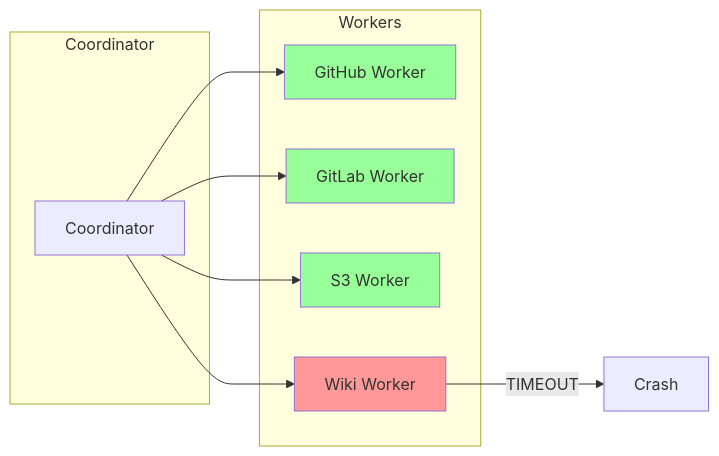
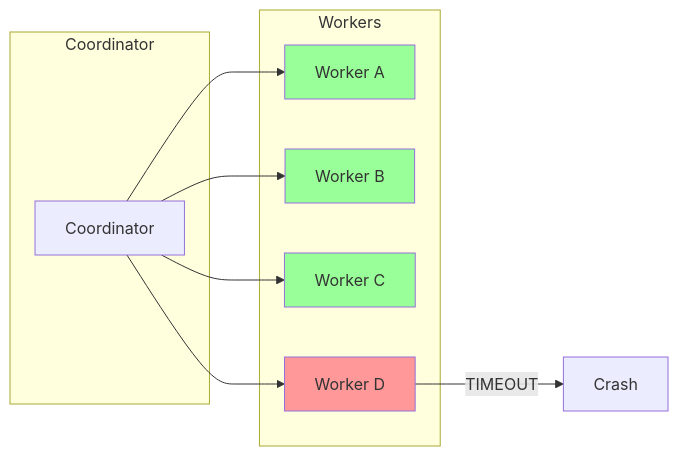
One commit to ahrav/gossip-rs-learning-guide changed the second of 2 diagrams in 00-prologue/02-why-distributed.md. Above: the diagram before and after it, drawn with Mermaid. The commit also changed other lines of this file and 2 other files, not shown here.

````diff
--- a/00-prologue/02-why-distributed.md
+++ b/00-prologue/02-why-distributed.md
@@ -78,25 +78,25 @@
 ```mermaid
 graph LR
     subgraph Coordinator
         CO[Coordinator]
     end
 
     subgraph Workers
-        W1[GitHub Worker]
-        W2[GitLab Worker]
-        W3[S3 Worker]
-        W4[Wiki Worker]
+        W1[Worker A]
+        W2[Worker B]
+        W3[Worker C]
+        W4[Worker D]
     end
 
     CO --> W1
     CO --> W2
     CO --> W3
     CO --> W4
 
     W4 --> |TIMEOUT| X[Crash]
 
     style W4 fill:#ff9999
     style W1 fill:#99ff99
     style W2 fill:#99ff99
     style W3 fill:#99ff99
 ```
````
